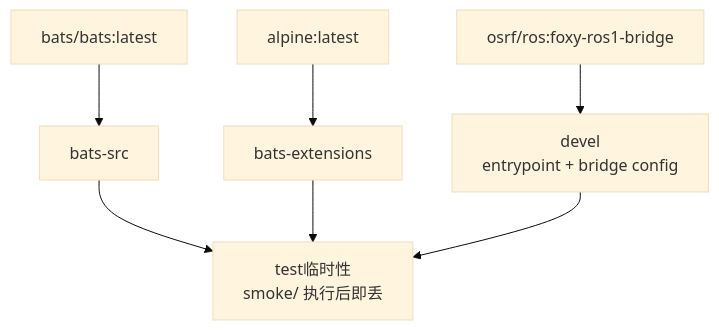
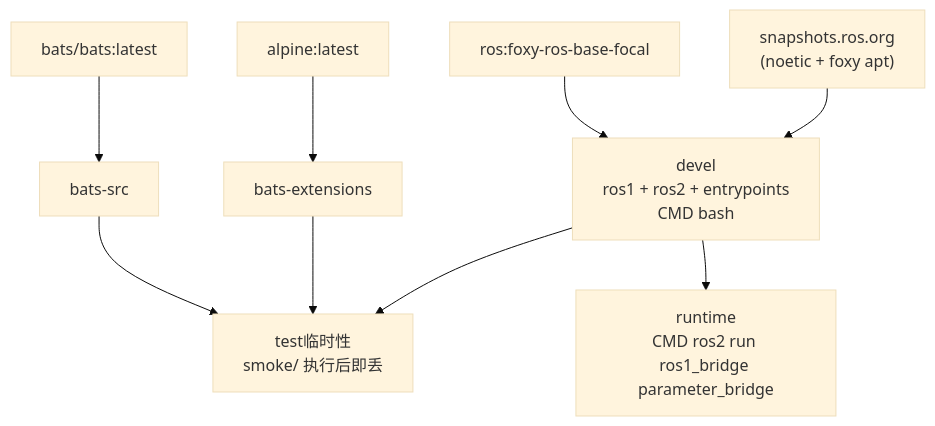
Before and after one commit to ycpss91255-docker/ros1_bridge: the diagram in doc/README.zh-CN.md, drawn with Mermaid (base theme). The commit also changed other lines of this file and 12 other files, not shown here.

First line of the commit message:
feat: rebuild devel from ros:foxy-ros-base-focal for Jetson (arm64) support (#23)

````diff
--- a/doc/README.zh-CN.md
+++ b/doc/README.zh-CN.md
@@ -99,16 +131,20 @@
 ```mermaid
 graph TD
     EXT1["bats/bats:latest"]
     EXT2["alpine:latest"]
-    EXT3["osrf/ros:foxy-ros1-bridge"]
+    EXT3["ros:foxy-ros-base-focal"]
+    EXT4["snapshots.ros.org\n(noetic + foxy apt)"]
 
     EXT1 --> bats-src["bats-src"]
     EXT2 --> bats-ext["bats-extensions"]
 
-    EXT3 --> devel["devel\nentrypoint + bridge config"]
+    EXT3 --> devel["devel\nros1 + ros2 + entrypoints\nCMD bash"]
+    EXT4 --> devel
+
+    devel --> runtime["runtime\nCMD ros2 run ros1_bridge parameter_bridge"]
 
     bats-src --> test["test临时性\nsmoke/ 执行后即丢"]
     bats-ext --> test
     devel --> test
 
 ```
````
